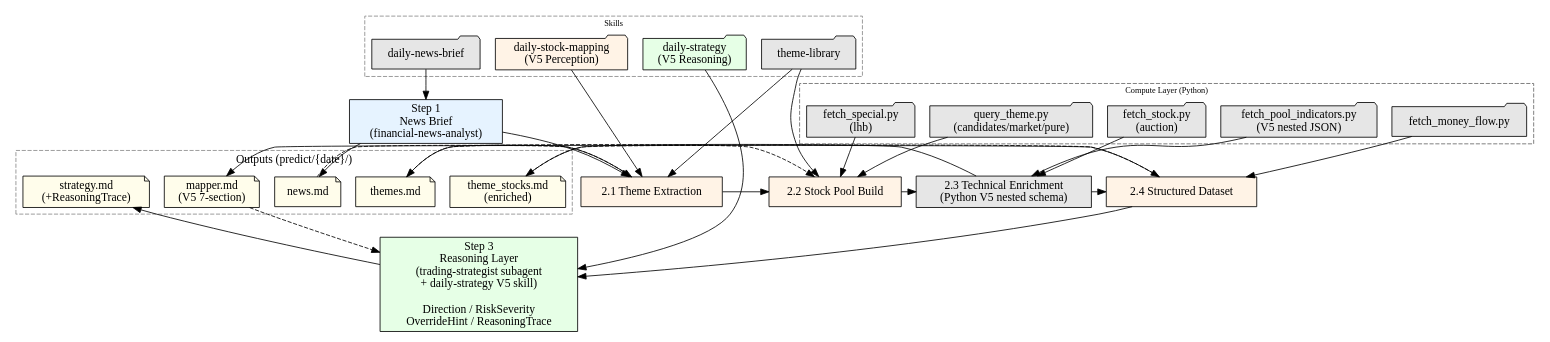
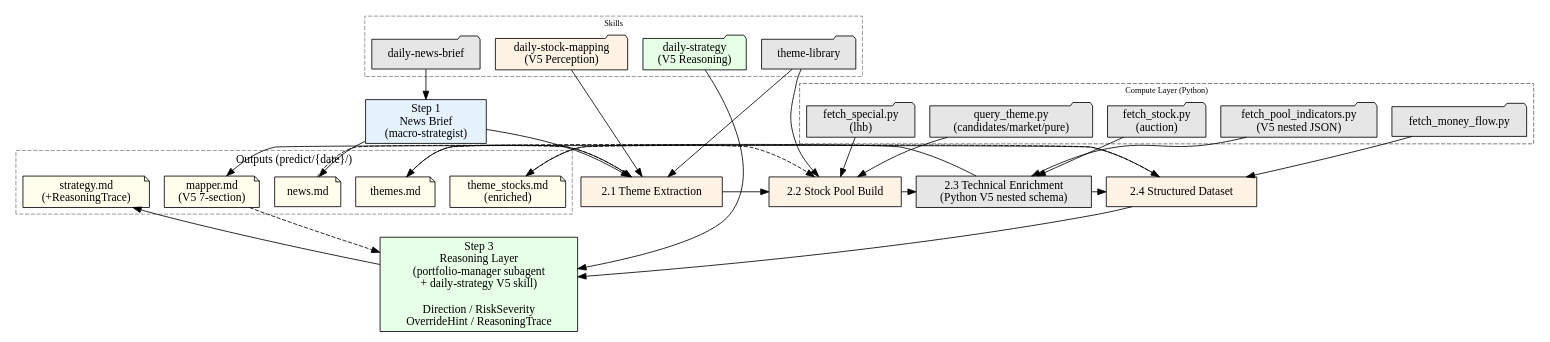
The diagram in .opencode/skills/daily-market-analysis/SKILL.md (mysll/ashare-pilot), drawn with Graphviz before and after one commit. The commit also changed other lines of this file and 16 other files, not shown here.

```diff
--- a/.opencode/skills/daily-market-analysis/SKILL.md
+++ b/.opencode/skills/daily-market-analysis/SKILL.md
@@ -23,11 +23,11 @@
     node [shape=box];
 
     // Step 1
-    "Step 1: News Brief" [label="Step 1\nNews Brief\n(financial-news-analyst)", style=filled, fillcolor="#e6f3ff"];
+    "Step 1: News Brief" [label="Step 1\nNews Brief\n(macro-strategist)", style=filled, fillcolor="#e6f3ff"];
 
     // Step 2 subgraph → Perception Layer
     subgraph cluster_step2 {
-        label="Step 2: Perception\n(financial-news-mapper + daily-stock-mapping V5 skill)";
+        label="Step 2: Perception\n(sector-analyst + daily-stock-mapping V5 skill)";
         style=filled;
         fillcolor="#fff3e6";
         color="#cc9933";
@@ -40,7 +40,7 @@
     }
 
     // Step 3 → Reasoning Layer
-    "Step 3: Reasoning" [label="Step 3\nReasoning Layer\n(trading-strategist subagent\n+ daily-strategy V5 skill)\n\nDirection / RiskSeverity\nOverrideHint / ReasoningTrace", style=filled, fillcolor="#e6ffe6"];
+    "Step 3: Reasoning" [label="Step 3\nReasoning Layer\n(portfolio-manager subagent\n+ daily-strategy V5 skill)\n\nDirection / RiskSeverity\nOverrideHint / ReasoningTrace", style=filled, fillcolor="#e6ffe6"];
 
     // Compute Layer (left)
     subgraph cluster_compute {
```
